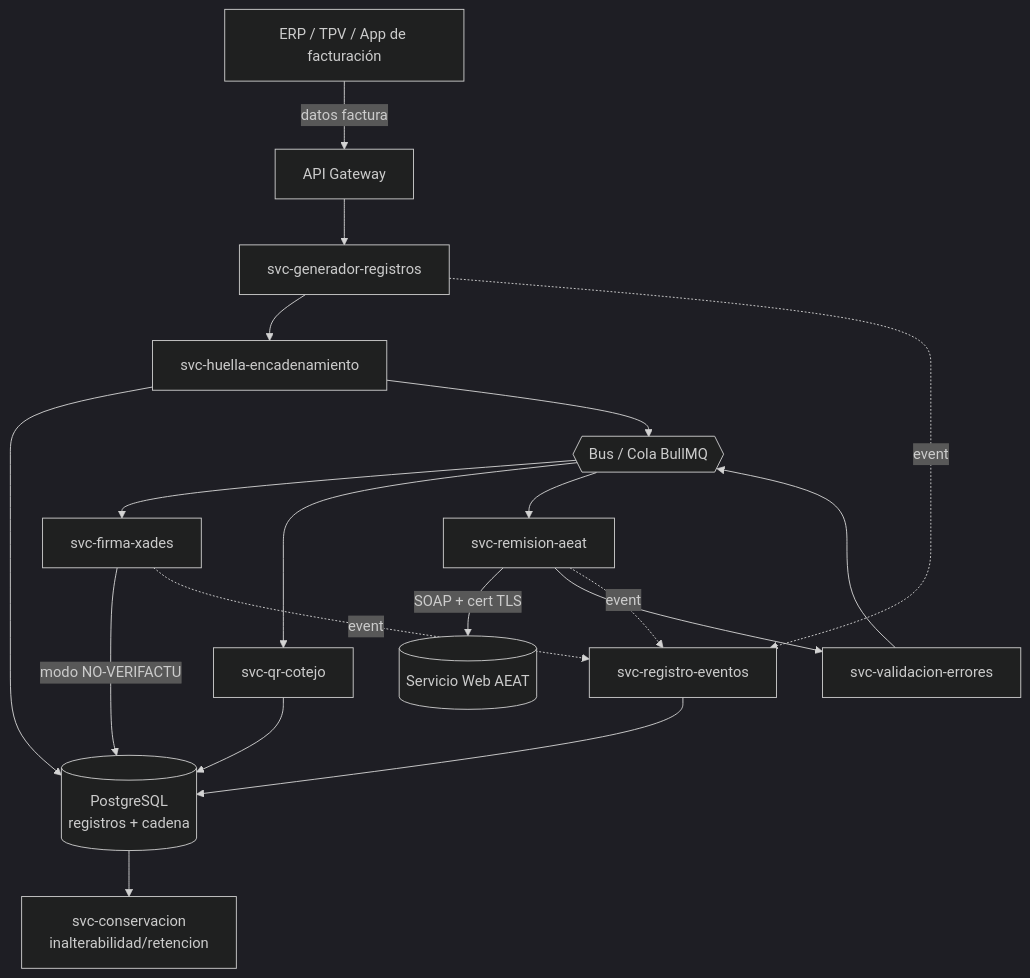
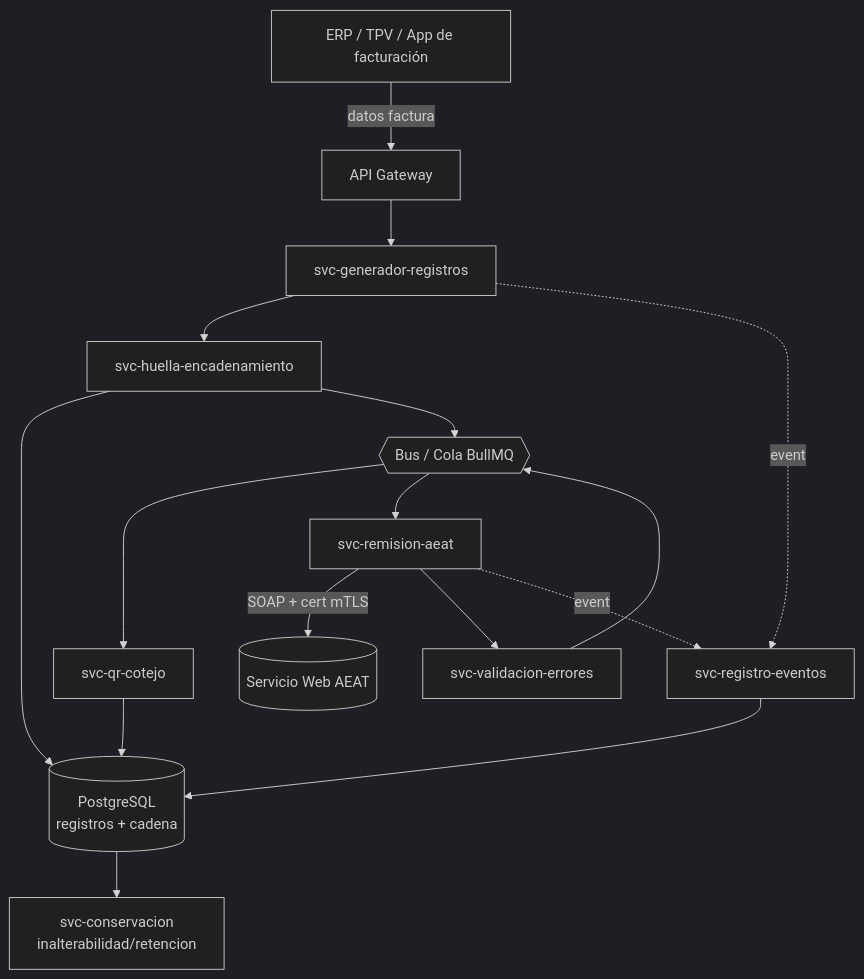
The first of 3 diagrams in apps/verifactu/docs/verifactu-microservicios-nodejs.md (lafrigolet/apphub), drawn with Mermaid (dark theme) before and after one commit. The commit also changed other lines of this file and 21 other files, not shown here.

First line of the commit message:
refactor(verifactu): descarta modalidad NO_VERI·FACTU y firma XAdES (bloque C)

````diff
--- a/apps/verifactu/docs/verifactu-microservicios-nodejs.md
+++ b/apps/verifactu/docs/verifactu-microservicios-nodejs.md
@@ -140,26 +137,22 @@
 ```mermaid
 flowchart TB
     ERP[ERP / TPV / App de facturación] -->|datos factura| GW[API Gateway]
     GW --> GEN[svc-generador-registros]
     GEN --> HASH[svc-huella-encadenamiento]
     HASH --> DB[(PostgreSQL\nregistros + cadena)]
     HASH --> BUS{{Bus / Cola BullMQ}}
 
-    BUS --> SIGN[svc-firma-xades]
     BUS --> QR[svc-qr-cotejo]
-
-    SIGN -->|modo NO-VERIFACTU| DB
     QR --> DB
 
     BUS --> SENDER[svc-remision-aeat]
-    SENDER -->|SOAP + cert TLS| AEAT[(Servicio Web AEAT)]
+    SENDER -->|SOAP + cert mTLS| AEAT[(Servicio Web AEAT)]
     SENDER --> VALID[svc-validacion-errores]
     VALID --> BUS
 
     EVT[svc-registro-eventos] --> DB
     GEN -.evento.-> EVT
     SENDER -.evento.-> EVT
-    SIGN -.evento.-> EVT
 
     DB --> STORE[svc-conservacion\ninalterabilidad/retencion]
 ```
````
